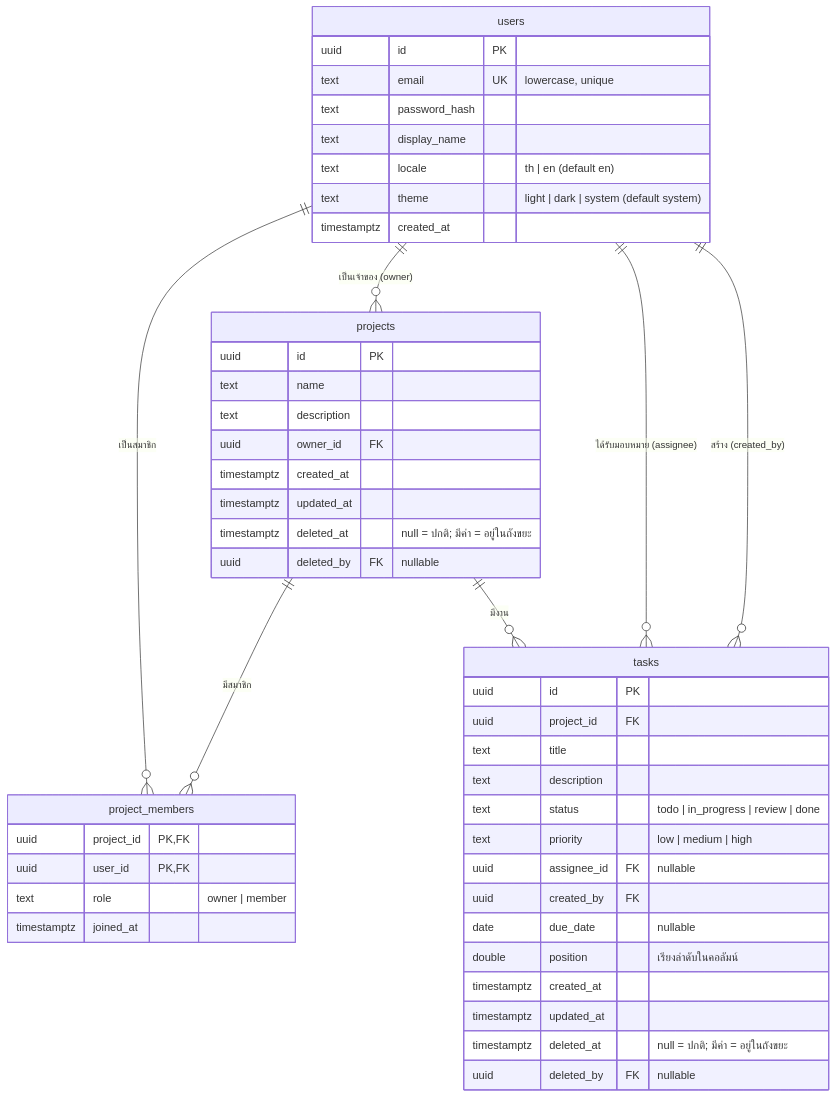
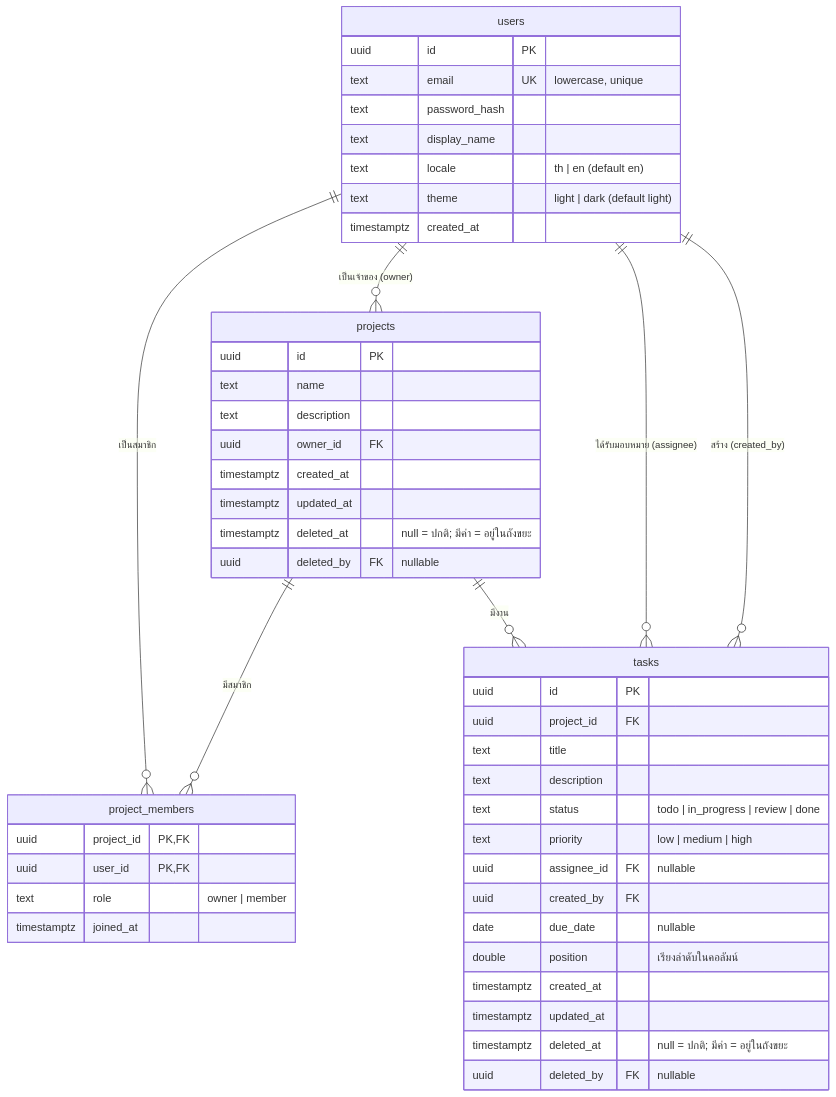
One commit to Yose1001/01s-taskflow changed the diagram in docs/02-er-diagram.md. Above: the diagram before and after it, drawn with Mermaid. The commit also changed 7 other files, not shown here.

First line of the commit message:
refactor(api): keep only light and dark themes on accounts

````diff
--- a/docs/02-er-diagram.md
+++ b/docs/02-er-diagram.md
@@ -3,51 +3,51 @@
 ```mermaid
 erDiagram
     users ||--o{ project_members : "เป็นสมาชิก"
     projects ||--o{ project_members : "มีสมาชิก"
     projects ||--o{ tasks : "มีงาน"
     users ||--o{ tasks : "ได้รับมอบหมาย (assignee)"
     users ||--o{ tasks : "สร้าง (created_by)"
     users ||--o{ projects : "เป็นเจ้าของ (owner)"
 
     users {
         uuid id PK
         text email UK "lowercase, unique"
         text password_hash
         text display_name
         text locale "th | en (default en)"
-        text theme "light | dark | system (default system)"
+        text theme "light | dark (default light)"
         timestamptz created_at
     }
     projects {
         uuid id PK
         text name
         text description
         uuid owner_id FK
         timestamptz created_at
         timestamptz updated_at
         timestamptz deleted_at "null = ปกติ; มีค่า = อยู่ในถังขยะ"
         uuid deleted_by FK "nullable"
     }
     project_members {
         uuid project_id PK, FK
         uuid user_id PK, FK
         text role "owner | member"
         timestamptz joined_at
     }
     tasks {
         uuid id PK
         uuid project_id FK
         text title
         text description
         text status "todo | in_progress | review | done"
         text priority "low | medium | high"
         uuid assignee_id FK "nullable"
         uuid created_by FK
         date due_date "nullable"
         double position "เรียงลำดับในคอลัมน์"
         timestamptz created_at
         timestamptz updated_at
         timestamptz deleted_at "null = ปกติ; มีค่า = อยู่ในถังขยะ"
         uuid deleted_by FK "nullable"
     }
 ```
````
